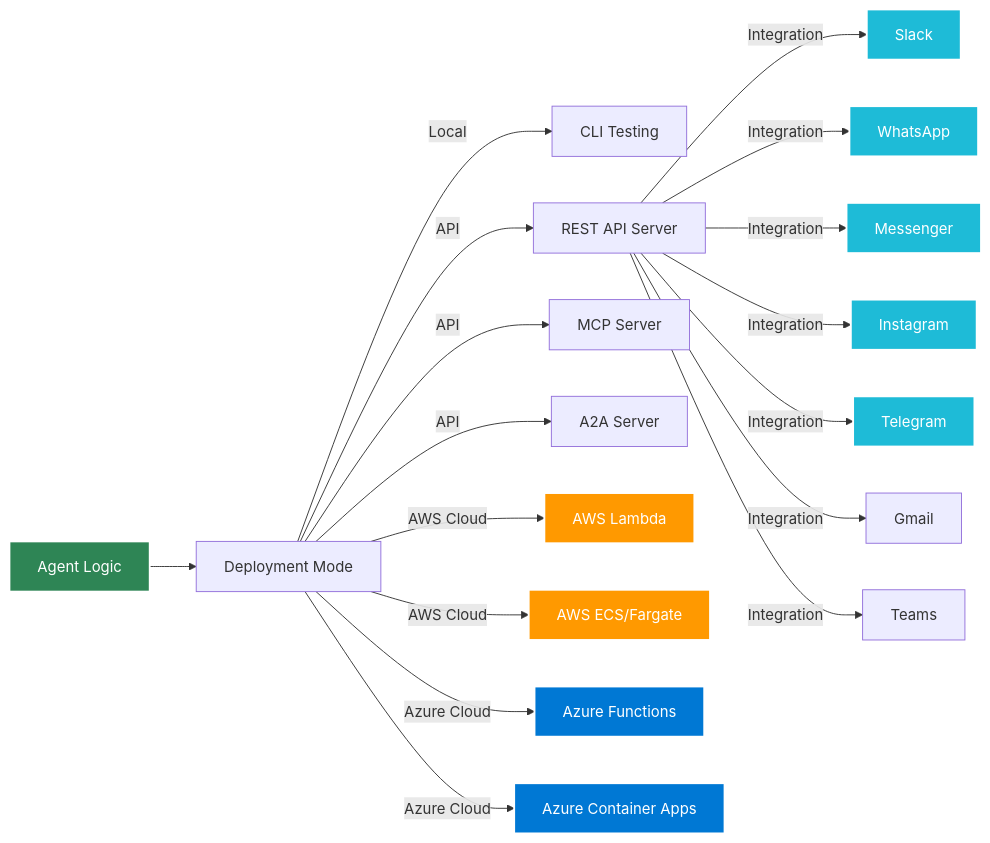
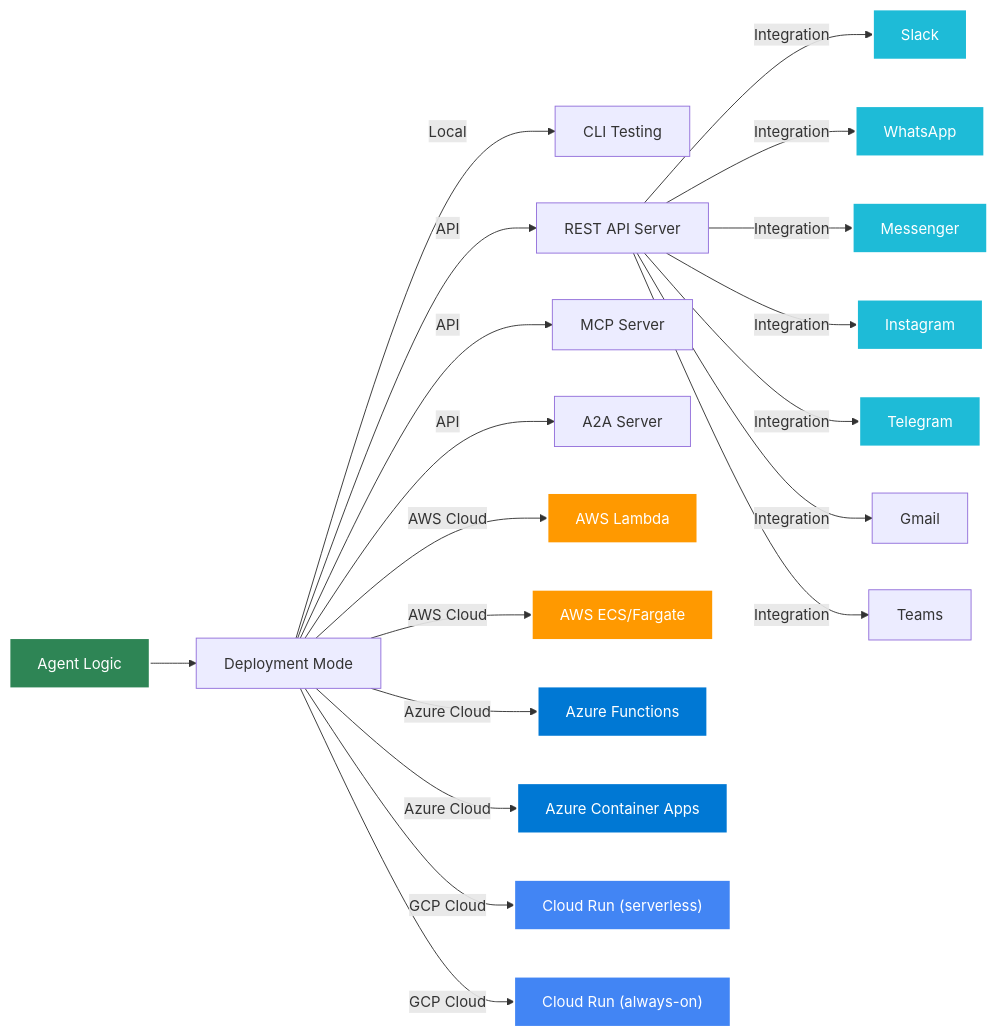
The second of 2 diagrams in docs/docs/intro.md (yaalalabs/agent-kernel), drawn with Mermaid before and after one commit. The commit also changed other lines of this file and 41 other files, not shown here.

````diff
--- a/docs/docs/intro.md
+++ b/docs/docs/intro.md
@@ -193,25 +203,28 @@
 ```mermaid
 ---
 config:
   layout: dagre
   elk: true
 ---
 flowchart LR
     A["Agent Logic"] --> B["Deployment Mode"]
     B -- Local --> C["CLI Testing"]
     B -- API --> D["REST API Server"] & G["MCP Server"] & H["A2A Server"]
     B -- AWS Cloud --> E["AWS Lambda"] & F["AWS ECS/Fargate"]
     B -- Azure Cloud --> K["Azure Functions"] & L["Azure Container Apps"]
+    B -- GCP Cloud --> Q["Cloud Run (serverless)"] & R["Cloud Run (always-on)"]
     D -- Integration --> I["Slack"] & J["WhatsApp"] & M["Messenger"] & N["Instagram"] & O["Telegram"] & P["Gmail"] & T["Teams"]
 
     style A fill:#2e8555,stroke:#fff,stroke-width:2px,color:#fff
     style E fill:#FF9900,stroke:#fff,stroke-width:2px,color:#fff
     style F fill:#FF9900,stroke:#fff,stroke-width:2px,color:#fff
     style K fill:#0078D4,stroke:#fff,stroke-width:2px,color:#fff
     style L fill:#0078D4,stroke:#fff,stroke-width:2px,color:#fff
+    style Q fill:#4285F4,stroke:#fff,stroke-width:2px,color:#fff
+    style R fill:#4285F4,stroke:#fff,stroke-width:2px,color:#fff
     style I fill:#1ebbd7,stroke:#fff,stroke-width:2px,color:#fff
     style J fill:#1ebbd7,stroke:#fff,stroke-width:2px,color:#fff
     style M fill:#1ebbd7,stroke:#fff,stroke-width:2px,color:#fff
     style N fill:#1ebbd7,stroke:#fff,stroke-width:2px,color:#fff
     style O fill:#1ebbd7,stroke:#fff,stroke-width:2px,color:#fff
 ```
````
